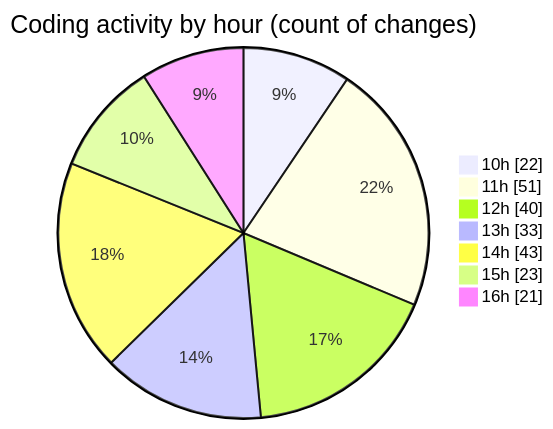
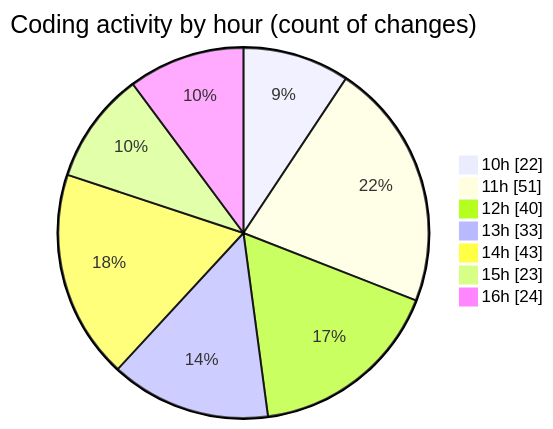
The second of 2 diagrams in 2025-04-29/cda/README.md (momahboobian/code-tracking), drawn with Mermaid before and after one commit. The commit also changed other lines of this file and 1 other file, not shown here.

````diff
--- a/2025-04-29/cda/README.md
+++ b/2025-04-29/cda/README.md
@@ -55,11 +55,11 @@
 ```mermaid
 pie showData
 title Coding activity by hour (count of changes)
 "10h" : 22
 "11h" : 51
 "12h" : 40
 "13h" : 33
 "14h" : 43
 "15h" : 23
-"16h" : 21
+"16h" : 24
 ```
````
